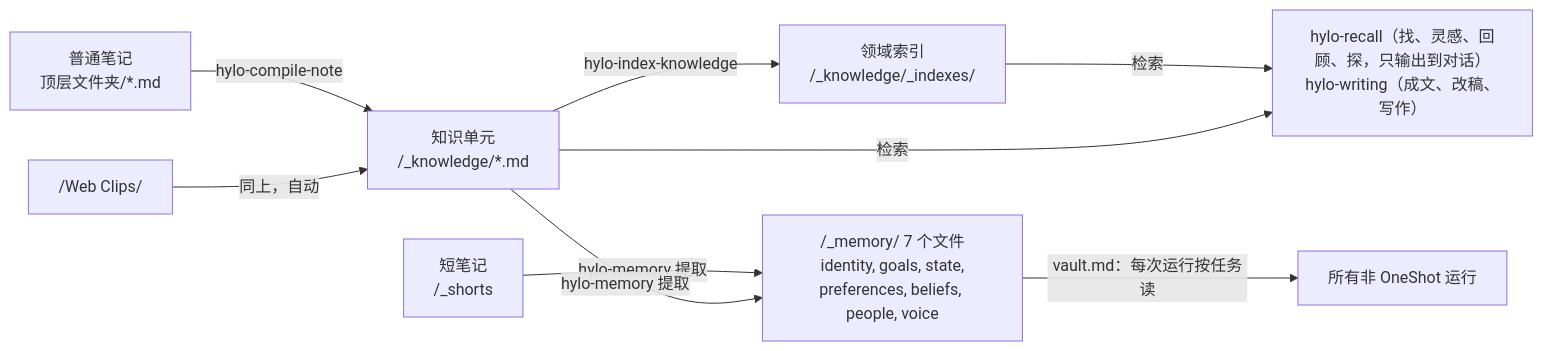
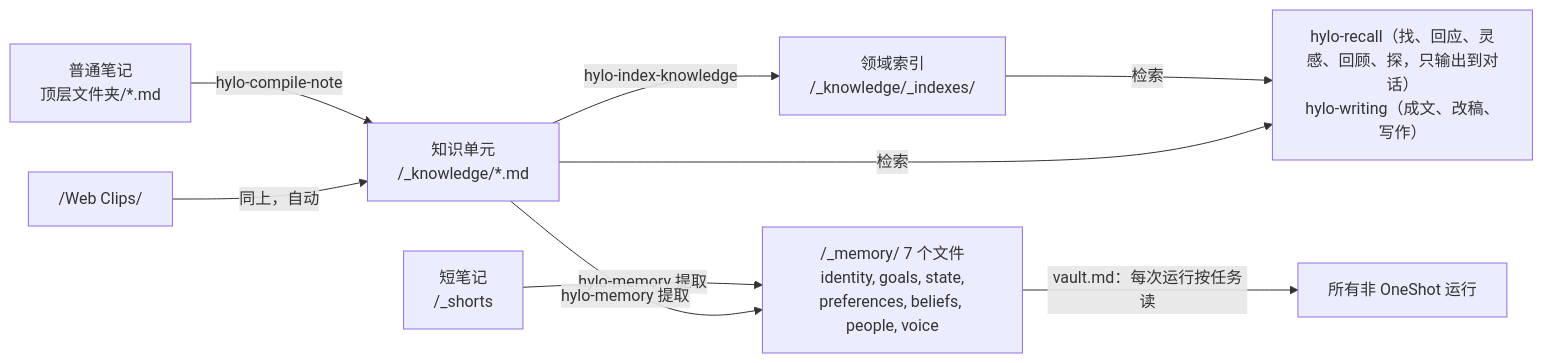
One commit to skoowoo/hylo changed the fifth of 6 diagrams in docs/prompt-skills-architecture.md. Above: the diagram before and after it, drawn with Mermaid. The commit also changed other lines of this file and 11 other files, not shown here.

````diff
--- a/docs/prompt-skills-architecture.md
+++ b/docs/prompt-skills-architecture.md
@@ -195,10 +195,10 @@
 ```mermaid
 flowchart LR
     N["普通笔记<br/>顶层文件夹/*.md"] -->|hylo-compile-note| K["知识单元<br/>/_knowledge/*.md"]
     WC["/Web Clips/"] -->|同上，自动| K
     K -->|hylo-index-knowledge| I["领域索引<br/>/_knowledge/_indexes/"]
     SN["短笔记<br/>/_shorts"] -->|hylo-memory 提取| MEM["/_memory/ 7 个文件<br/>identity, goals, state,<br/>preferences, beliefs, people, voice"]
     K -->|hylo-memory 提取| MEM
     MEM -->|vault.md：每次运行按任务读| ALL[所有非 OneShot 运行]
-    I & K -->|检索| RW["hylo-recall（找、灵感、回顾、探，只输出到对话）<br/>hylo-writing（成文、改稿、写作）"]
+    I & K -->|检索| RW["hylo-recall（找、回应、灵感、回顾、探，只输出到对话）<br/>hylo-writing（成文、改稿、写作）"]
 ```
````
